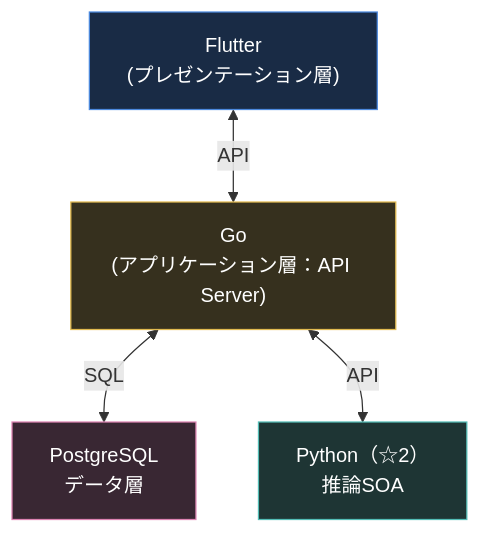
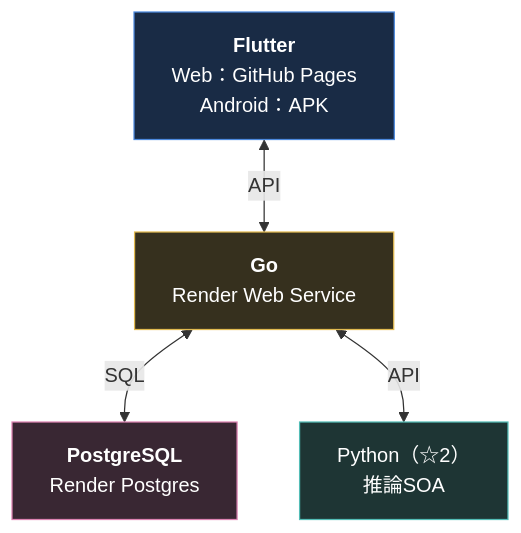
The diagram in README.md (Track-Record-ShipLabHackathon/WatchDenchi_app), drawn with Mermaid before and after one commit. The commit also changed other lines of this file, not shown here.

Commit message:
Modify: added about using 'GitHub Pages' and 'Render'

````diff
--- a/README.md
+++ b/README.md
@@ -10,21 +14,21 @@
 ```mermaid
 flowchart TB
-    Flutter["Flutter<br/>(プレゼンテーション層)"]
-    Go["Go<br/>(アプリケーション層：API Server)<br/>"]
-    DB["PostgreSQL<br/>データ層<br/>"]
+    Flutter["<strong>Flutter</strong><br/>Web：GitHub Pages<br/>Android：APK"]
+    Go["<strong>Go</strong><br/>Render Web Service"]
+    DB["<strong>PostgreSQL</strong><br/>Render Postgres"]
     Python["Python（☆2）<br/>推論SOA<br/>"]
 
     Flutter <-->|API| Go
     Go <-->|SQL| DB
     Go <-->|API| Python
 
     classDef frontend fill:#192b45,stroke:#4c89de,color:#fff
     classDef backend fill:#36301e,stroke:#e2ba50,color:#fff
     classDef database fill:#392733,stroke:#dc83b2,color:#fff
     classDef inference fill:#1e3534,stroke:#53bdb6,color:#fff
 
     class Flutter frontend
     class Go backend
     class DB database
     class Python inference
 ```
````
